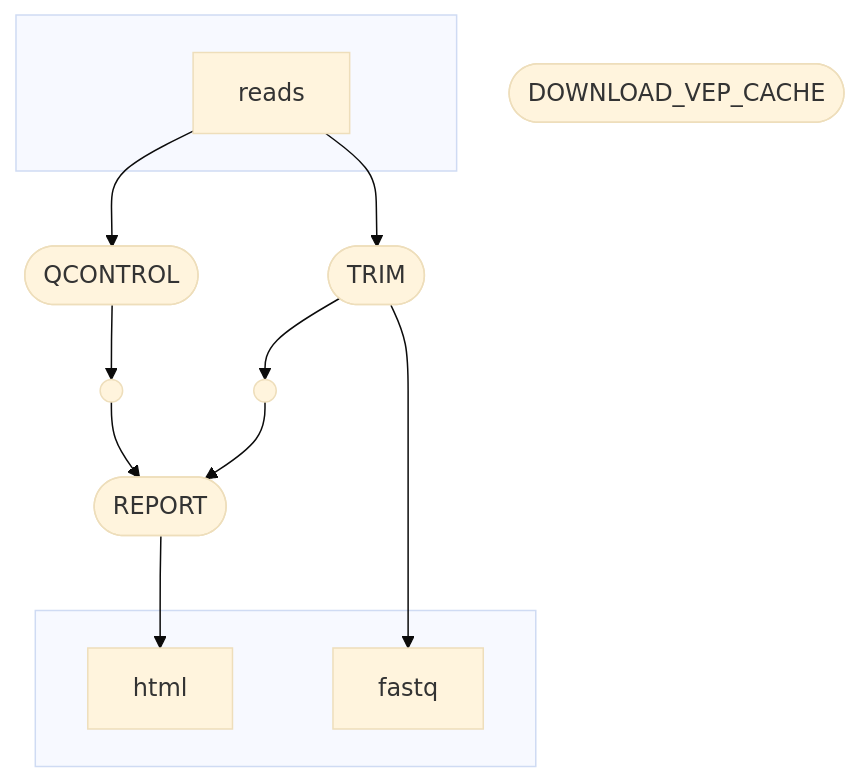
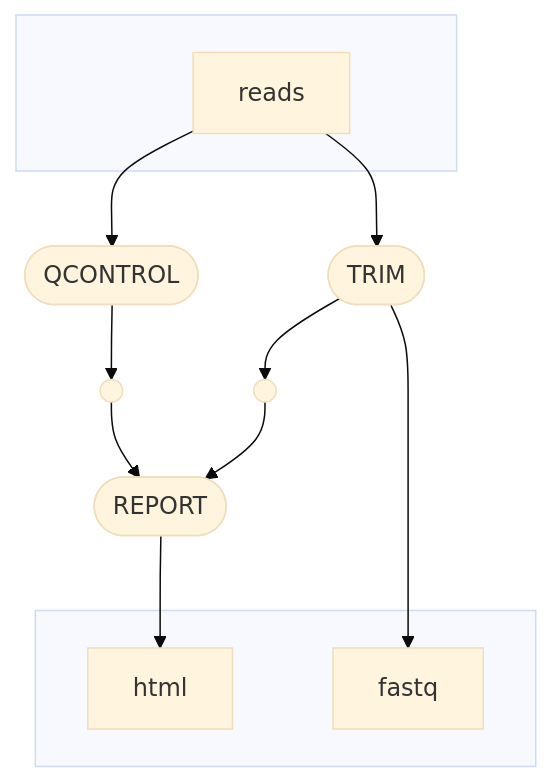
Before and after one commit to glebus-sasha/qcontrol_nf: the diagram in README.md, drawn with Mermaid.

````diff
--- a/README.md
+++ b/README.md
@@ -8,25 +8,24 @@
 ```mermaid
 %%{init: {'theme':'base'}}%%
 flowchart TB
     subgraph " "
     v0["reads"]
     end
     v1([QCONTROL])
-    v11([DOWNLOAD_VEP_CACHE])
     subgraph " "
     v9["html"]
     v10["fastq"]
     end
     v3([TRIM])
     v8([REPORT])
     v6(( ))
     v7(( ))
     v0 --> v1
     v0 --> v3
     v1 --> v6
     v3 --> v7
     v3 --> v10
     v6 --> v8
     v7 --> v8
     v8 --> v9
 ```
````
